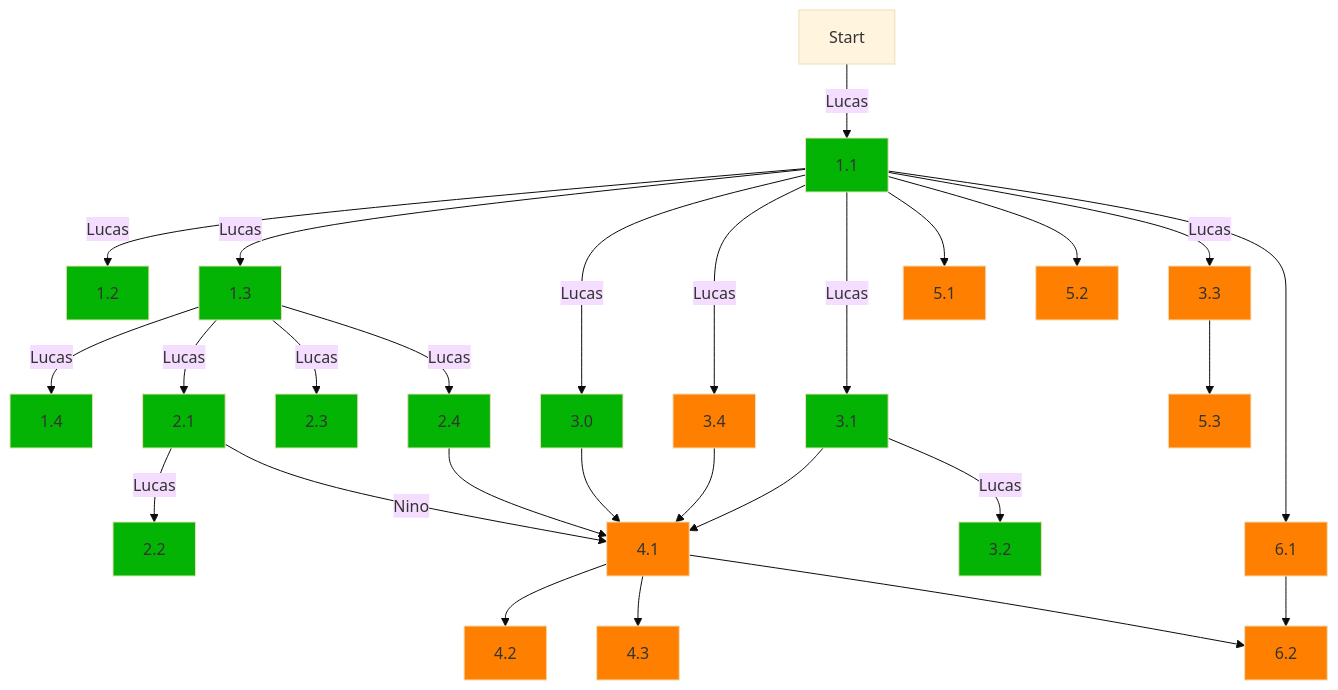
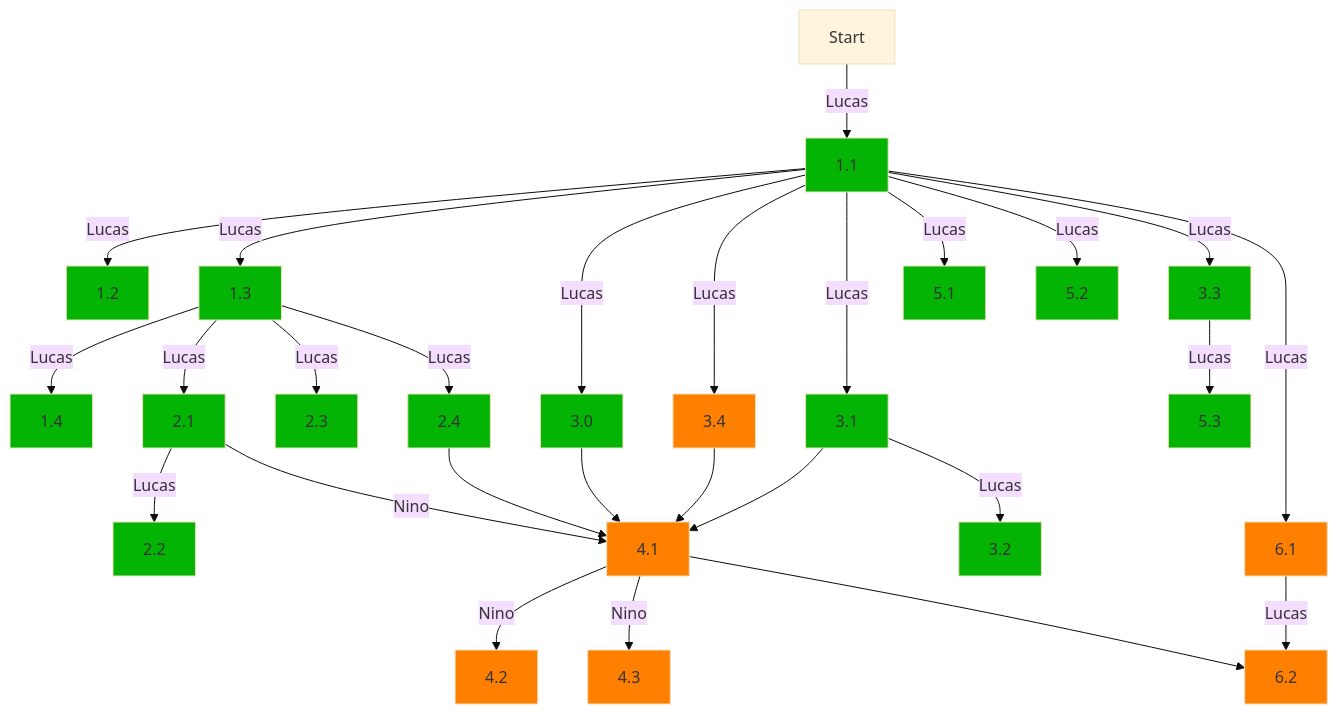
The diagram in DEPENDENCY.md (Luc-mic/Projet_SDAA), drawn with Mermaid before and after one commit. The commit also changed 10 other files, not shown here.

````diff
--- a/DEPENDENCY.md
+++ b/DEPENDENCY.md
@@ -1,57 +1,57 @@
 ```mermaid
 
 %%{init: {'theme':'base'}}%%
 graph TD;
 
 classDef done fill:#04B404;
 classDef not_done fill:#FF8000;
 
     1.1:::done
     1.2:::done
     1.3:::done
     1.4:::done
     2.1:::done
     2.2:::done
     2.3:::done
     2.4:::done
     3.0:::done
     3.1:::done
     3.2:::done
-    3.3:::not_done
+    3.3:::done
     3.4:::not_done
     4.1:::not_done
     4.2:::not_done
     4.3:::not_done
-    5.1:::not_done
-    5.2:::not_done
-    5.3:::not_done
+    5.1:::done
+    5.2:::done
+    5.3:::done
     6.1:::not_done
     6.2:::not_done
 
     Start-->|Lucas|1.1;
     1.1-->|Lucas|1.2;
     1.1-->|Lucas|1.3;
     1.3-->|Lucas|1.4;
     1.3-->|Lucas|2.1;
     2.1-->|Lucas|2.2;
     2.1-->|Nino|4.1;
     1.3-->|Lucas|2.3;
     1.3-->|Lucas|2.4;
     2.4-->4.1;
-    4.1-->4.2;
-    4.1-->4.3;
+    4.1-->|Nino|4.2;
+    4.1-->|Nino|4.3;
     4.1-->6.2;
     1.1-->|Lucas|3.0;
     1.1-->|Lucas|3.4;
     3.4-->4.1;
     3.0-->4.1;
     1.1-->|Lucas|3.1;
     3.1-->4.1;
     3.1-->|Lucas|3.2;
-    1.1-->5.1;
-    1.1-->5.2;
+    1.1-->|Lucas|5.1;
+    1.1-->|Lucas|5.2;
     1.1-->|Lucas|3.3;
-    3.3-->5.3;
-    1.1-->6.1;
-    6.1-->6.2;
+    3.3-->|Lucas|5.3;
+    1.1-->|Lucas|6.1;
+    6.1-->|Lucas|6.2;
 ```
````
